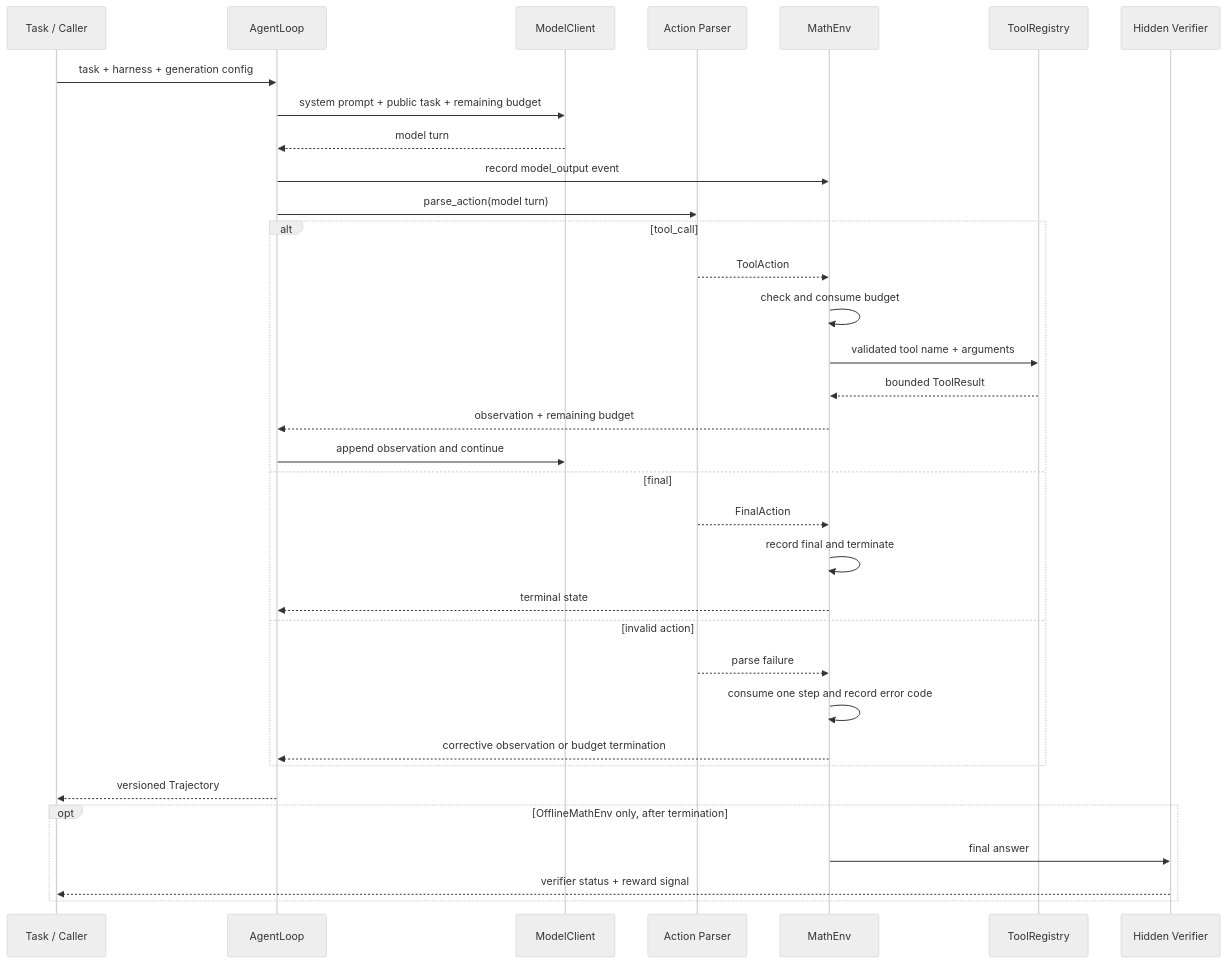
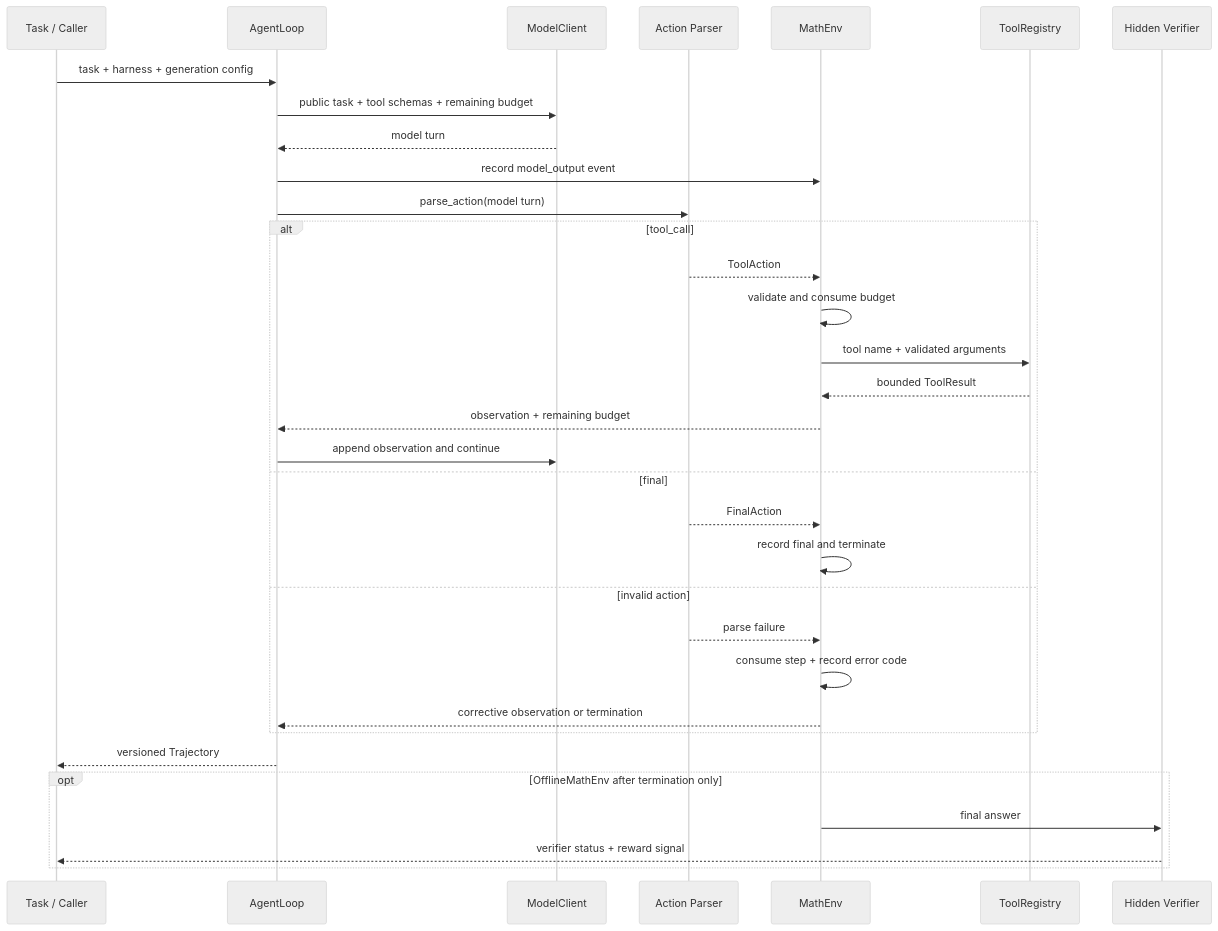
Before and after one commit to cigaretter777/EvoMath-Harness: the fourth of 4 diagrams in README.md, drawn with Mermaid (neutral theme). The commit also changed other lines of this file, not shown here.

Commit message:
docs: compare V1 and V2 agent architectures

````diff
--- a/README.md
+++ b/README.md
@@ -73,39 +132,38 @@
 ```mermaid
 sequenceDiagram
     participant U as Task / Caller
     participant L as AgentLoop
     participant M as ModelClient
     participant P as Action Parser
     participant E as MathEnv
     participant T as ToolRegistry
     participant V as Hidden Verifier
 
     U->>L: task + harness + generation config
-    L->>M: system prompt + public task + remaining budget
+    L->>M: public task + tool schemas + remaining budget
     M-->>L: model turn
     L->>E: record model_output event
     L->>P: parse_action(model turn)
 
     alt tool_call
         P-->>E: ToolAction
-        E->>E: check and consume budget
-        E->>T: validated tool name + arguments
+        E->>E: validate and consume budget
+        E->>T: tool name + validated arguments
         T-->>E: bounded ToolResult
         E-->>L: observation + remaining budget
         L->>M: append observation and continue
     else final
         P-->>E: FinalAction
         E->>E: record final and terminate
-        E-->>L: terminal state
     else invalid action
         P-->>E: parse failure
-        E->>E: consume one step and record error code
-        E-->>L: corrective observation or budget termination
+        E->>E: consume step + record error code
+        E-->>L: corrective observation or termination
     end
 
     L-->>U: versioned Trajectory
-    opt OfflineMathEnv only, after termination
+    opt OfflineMathEnv after termination only
         E->>V: final answer
         V-->>U: verifier status + reward signal
     end
 ```
````
